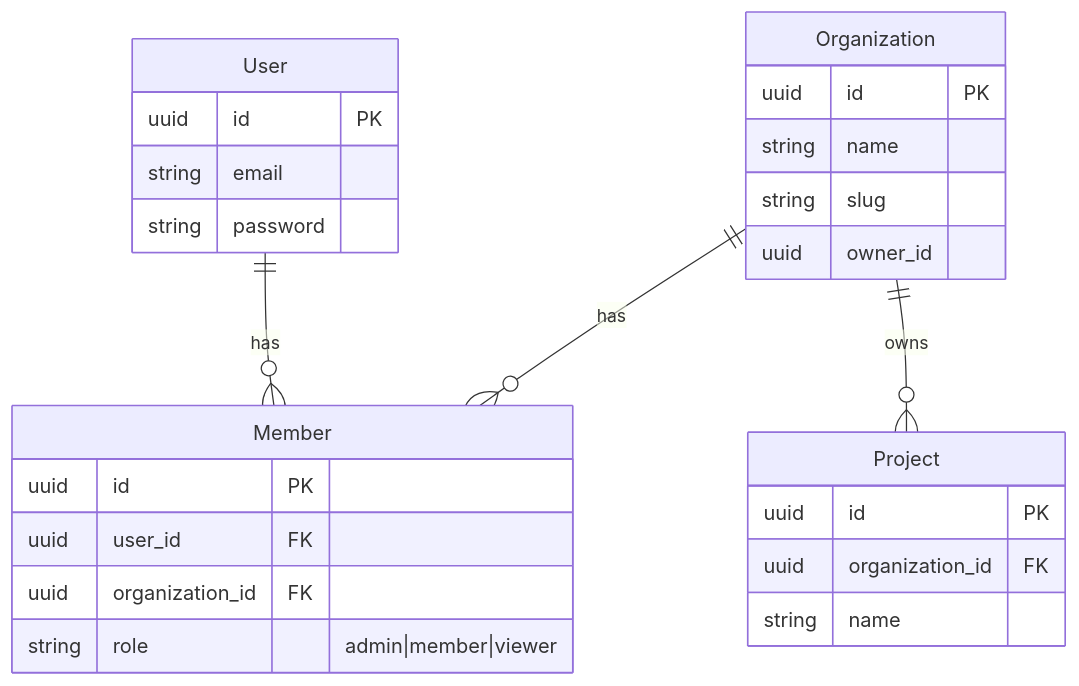
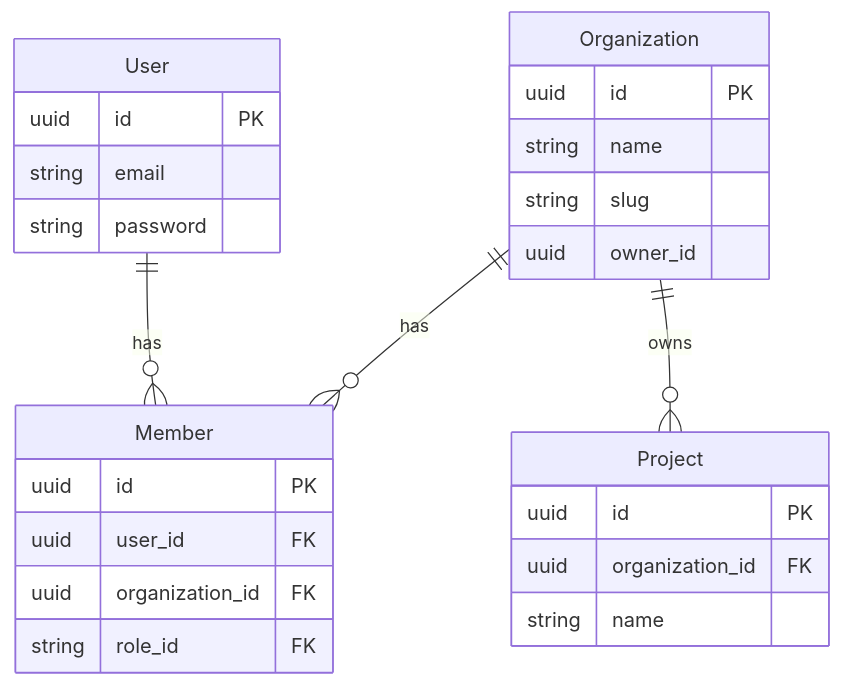
One commit to Roisfaozi/go-clean-boilerplate changed the diagram in documentation/MULTI_TENANCY.md. Above: the diagram before and after it, drawn with Mermaid. The commit also changed other lines of this file and 7 other files, not shown here.

````diff
--- a/documentation/MULTI_TENANCY.md
+++ b/documentation/MULTI_TENANCY.md
@@ -29,32 +29,32 @@
 ```mermaid
 erDiagram
     User ||--o{ Member : has
     Organization ||--o{ Member : has
     Organization ||--o{ Project : owns
 
     User {
         uuid id PK
         string email
         string password
     }
 
     Organization {
         uuid id PK
         string name
         string slug
         uuid owner_id
     }
 
     Member {
         uuid id PK
         uuid user_id FK
         uuid organization_id FK
-        string role "admin|member|viewer"
+        string role_id FK
     }
 
     Project {
         uuid id PK
         uuid organization_id FK
         string name
     }
 ```
````
